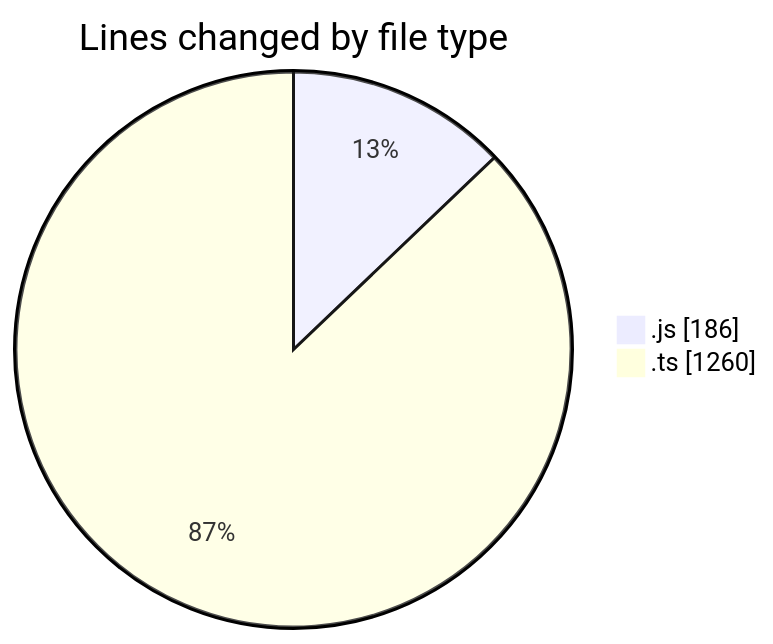
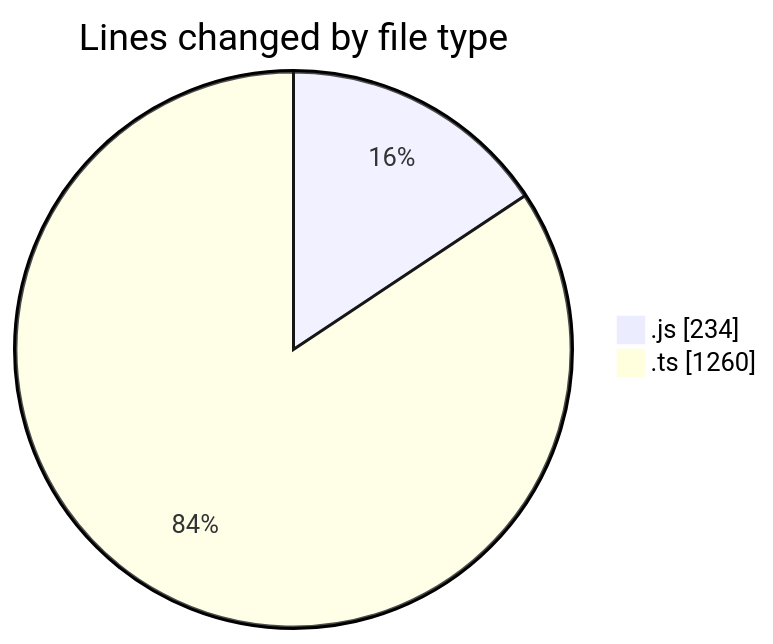
The first of 2 diagrams in 2025-05-29/cda/README.md (momahboobian/code-tracking), drawn with Mermaid before and after one commit. The commit also changed other lines of this file and 1 other file, not shown here.

````diff
--- a/2025-05-29/cda/README.md
+++ b/2025-05-29/cda/README.md
@@ -21,6 +22,6 @@
 ```mermaid
 pie showData
 title Lines changed by file type
-".js" : 186
+".js" : 234
 ".ts" : 1260
 ```
````
